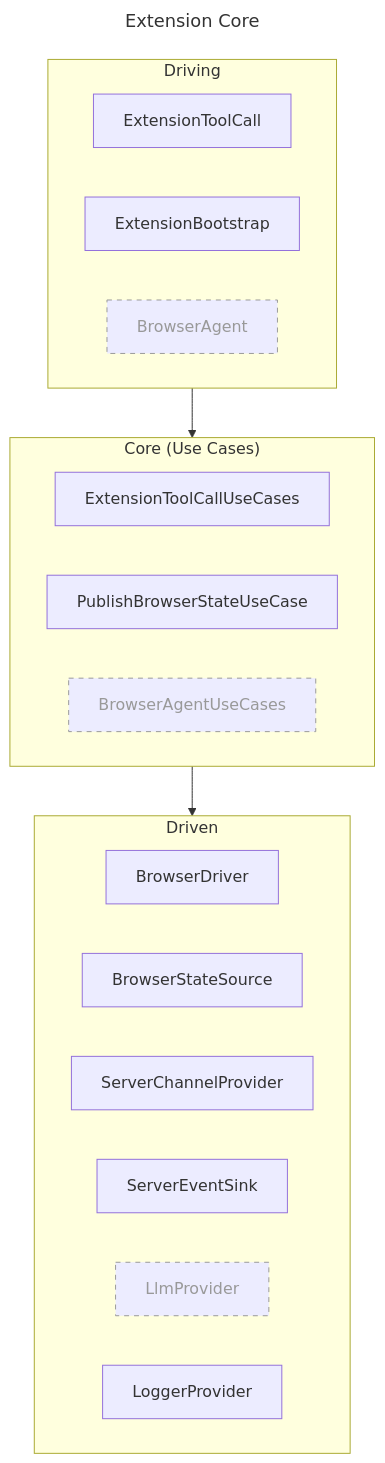
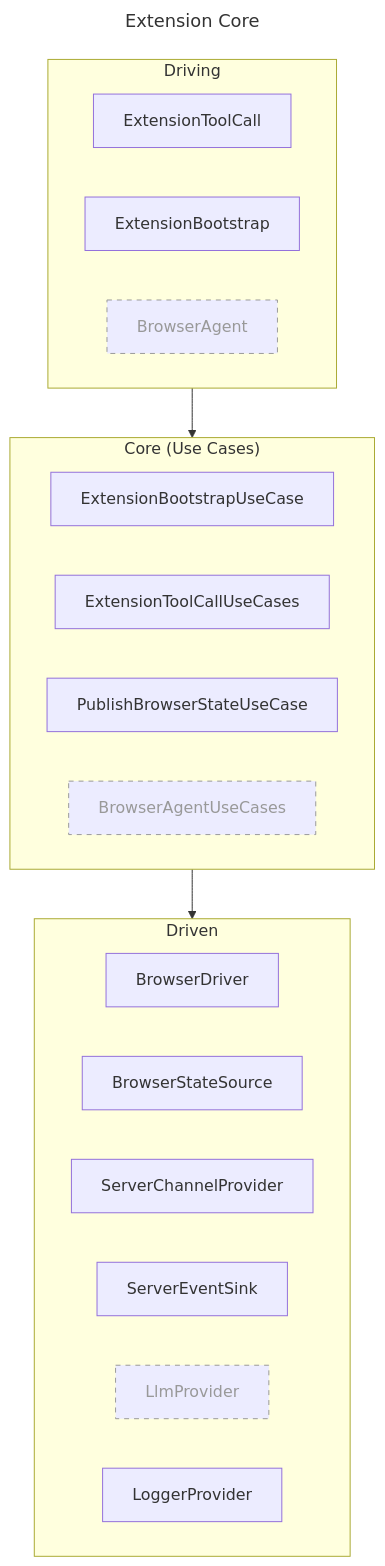
One commit to ndthanhdev/mcp-browser-kit changed the fourth of 11 diagrams in docs/architecture.md. Above: the diagram before and after it, drawn with Mermaid. The commit also changed other lines of this file and 22 other files, not shown here.

Commit message:
feat: introduce extension-driving-bootstrap package and integrate with core components (#146)

````diff
--- a/docs/architecture.md
+++ b/docs/architecture.md
@@ -107,32 +107,33 @@
 ```mermaid
 ---
 title: Extension Core
 ---
 flowchart 
   subgraph Driving["Driving"]
     direction LR
     ExtensionToolCall
     ExtensionBootstrap
     BrowserAgent
   end
   subgraph Core["Core (Use Cases)"]
     direction LR
+    ExtensionBootstrapUseCase
     ExtensionToolCallUseCases
     PublishBrowserStateUseCase
     BrowserAgentUseCases
   end
   subgraph Driven["Driven"]
     direction LR
     BrowserDriver
     BrowserStateSource
     ServerChannelProvider
     ServerEventSink
     LlmProvider
     LoggerProvider
   end
 
   Driving --> Core --> Driven
 
   classDef planned stroke-dasharray:5 5,stroke:#999,color:#999;
   class BrowserAgent,BrowserAgentUseCases,LlmProvider planned;
 ```
````
